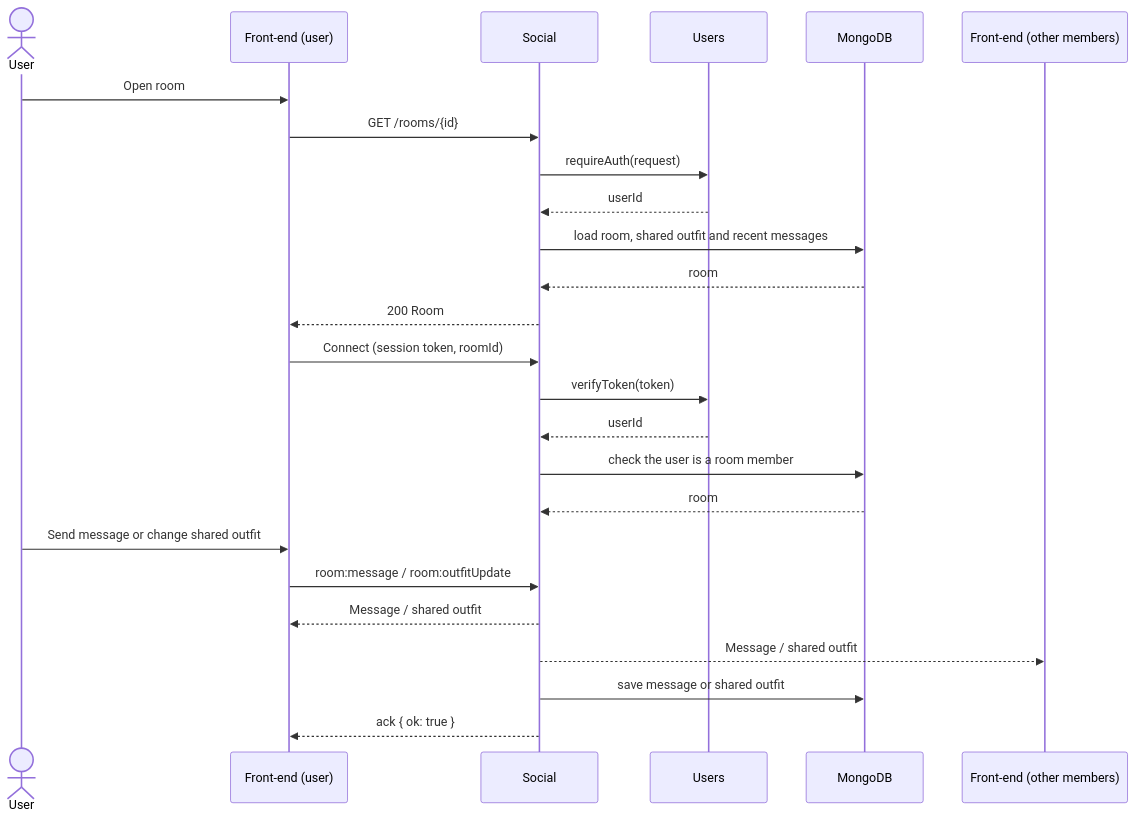
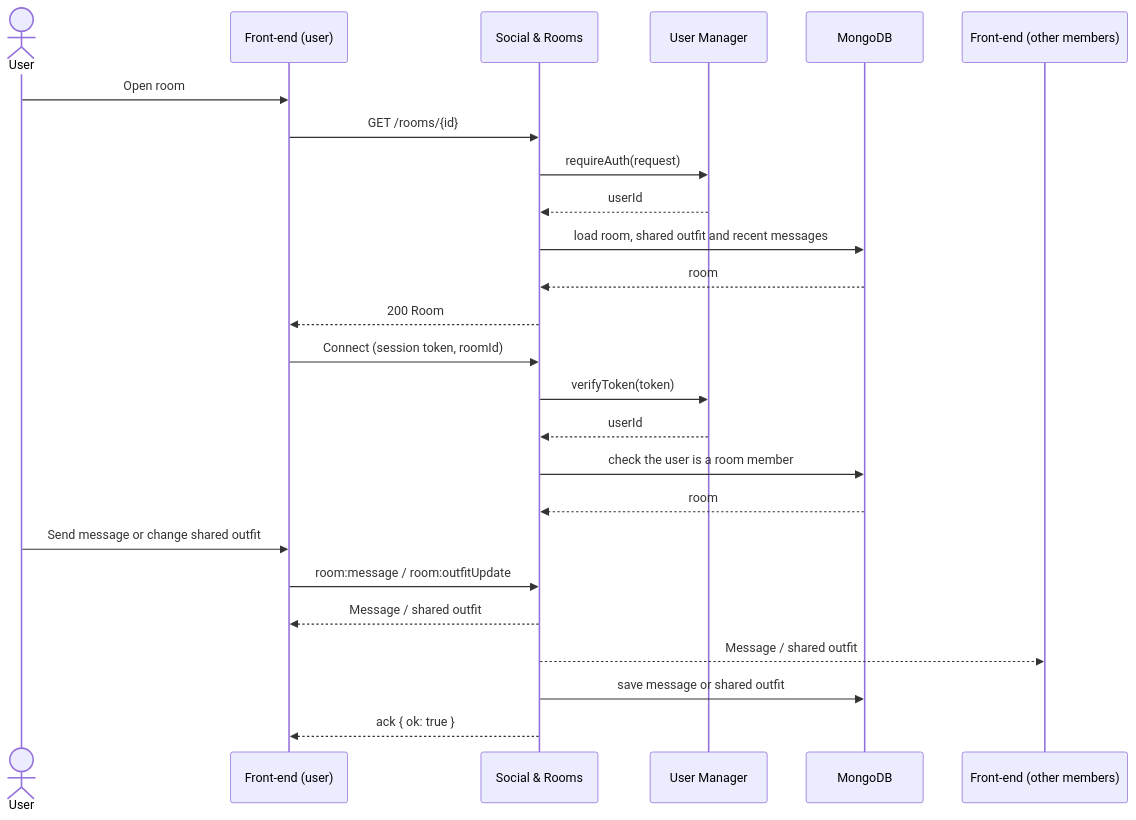
The third of 5 diagrams in documentation/Requirements_and_Design.md (evannawfal/fabricate), drawn with Mermaid before and after one commit. The commit also changed other lines of this file and 2 other files, not shown here.

First line of the commit message:
docs: match Requirements_and_Design.md to the redrawn diagrams

````diff
--- a/documentation/Requirements_and_Design.md
+++ b/documentation/Requirements_and_Design.md
@@ -443,28 +422,28 @@
 ```mermaid
 sequenceDiagram
     actor U as User
     participant FE as Front-end (user)
-    participant SO as Social
-    participant US as Users
+    participant SO as Social & Rooms
+    participant US as User Manager
     participant DB as MongoDB
     participant FE2 as Front-end (other members)
 
     U->>FE: Open room
     FE->>SO: GET /rooms/{id}
     SO->>US: requireAuth(request)
     US-->>SO: userId
     SO->>DB: load room, shared outfit and recent messages
     DB-->>SO: room
     SO-->>FE: 200 Room
     FE->>SO: Connect (session token, roomId)
     SO->>US: verifyToken(token)
     US-->>SO: userId
     SO->>DB: check the user is a room member
     DB-->>SO: room
     U->>FE: Send message or change shared outfit
     FE->>SO: room:message / room:outfitUpdate
     SO-->>FE: Message / shared outfit
     SO-->>FE2: Message / shared outfit
     SO->>DB: save message or shared outfit
     SO-->>FE: ack { ok: true }
 ```
````
